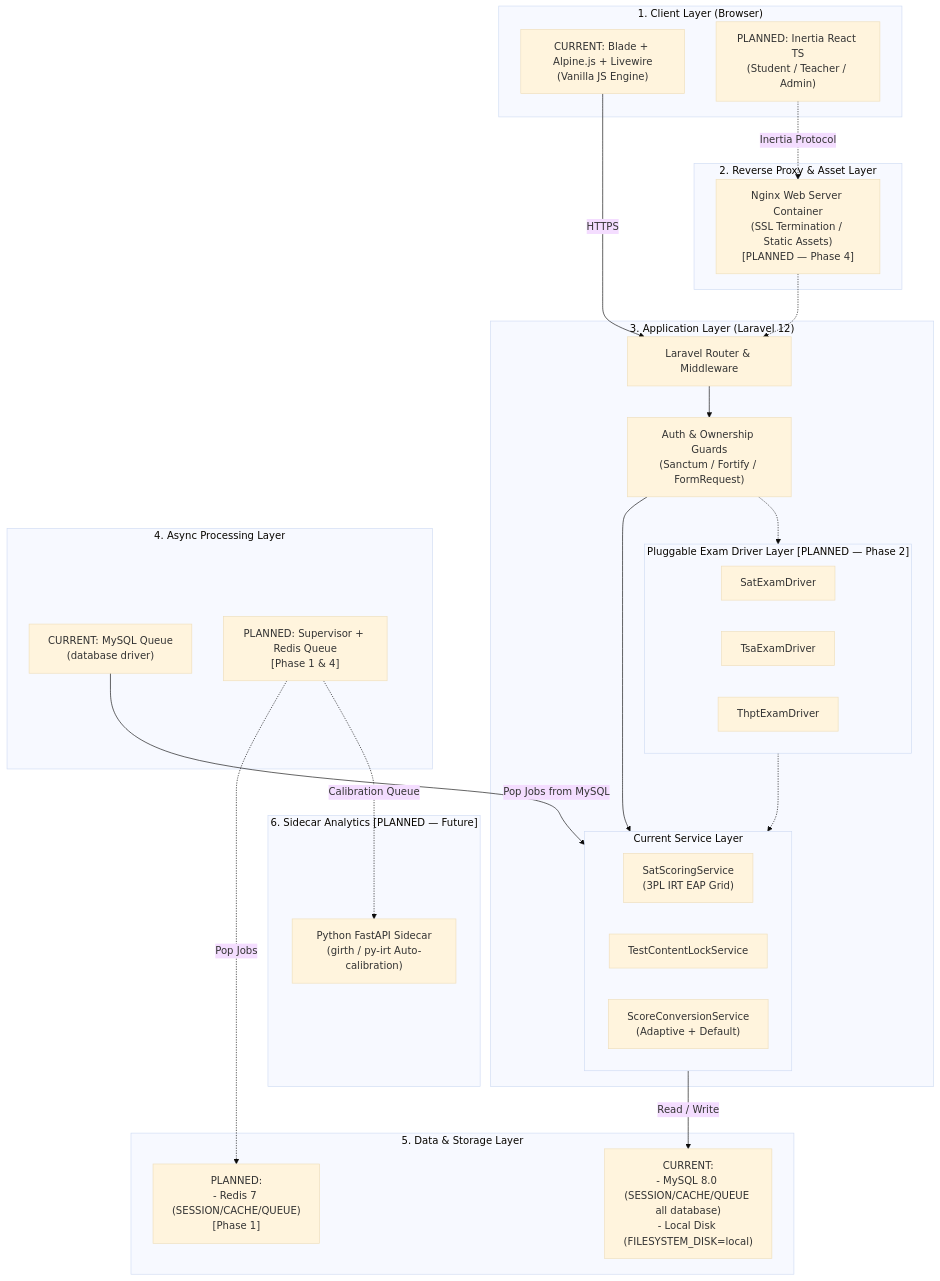
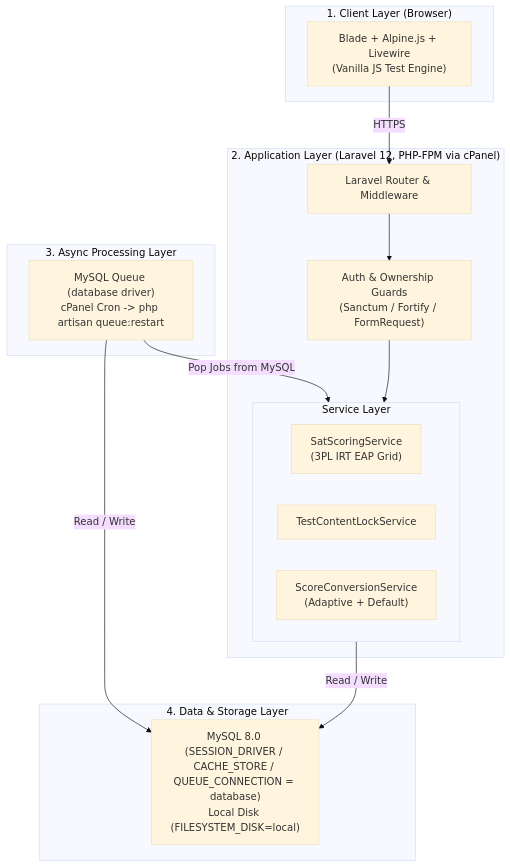
Before and after one commit to rhy911/digital-sat: the second of 5 diagrams in docs/system-architecture-and-roadmap.md, drawn with Mermaid (base theme). The commit also changed other lines of this file and 69 other files, not shown here.

Commit message:
chore: squash migrations into schema dump, add phpstan/larastan

````diff
--- a/docs/system-architecture-and-roadmap.md
+++ b/docs/system-architecture-and-roadmap.md
@@ -216,57 +192,32 @@
 ```mermaid
 flowchart TB
     subgraph ClientLayer["1. Client Layer (Browser)"]
-        CurrentFE["CURRENT: Blade + Alpine.js + Livewire\n(Vanilla JS Engine)"]
-        PlannedFE["PLANNED: Inertia React TS\n(Student / Teacher / Admin)"]
+        FE["Blade + Alpine.js + Livewire\n(Vanilla JS Test Engine)"]
     end
 
-    subgraph CDN_Nginx["2. Reverse Proxy & Asset Layer"]
-        Nginx["Nginx Web Server Container\n(SSL Termination / Static Assets)\n[PLANNED — Phase 4]"]
-    end
-
-    subgraph AppLayer["3. Application Layer (Laravel 12)"]
+    subgraph AppLayer["2. Application Layer (Laravel 12, PHP-FPM via cPanel)"]
         Router["Laravel Router & Middleware"]
         AuthMiddleware["Auth & Ownership Guards\n(Sanctum / Fortify / FormRequest)"]
-        
-        subgraph CurrentServices["Current Service Layer"]
+
+        subgraph Services["Service Layer"]
             SatScoring["SatScoringService\n(3PL IRT EAP Grid)"]
             ContentLock["TestContentLockService"]
             ScoreConversion["ScoreConversionService\n(Adaptive + Default)"]
         end
-
-        subgraph PlannedDrivers["Pluggable Exam Driver Layer [PLANNED — Phase 2]"]
-            SATDriver["SatExamDriver"]
-            TSADriver["TsaExamDriver"]
-            THPTDriver["ThptExamDriver"]
-        end
     end
 
-    subgraph AsyncLayer["4. Async Processing Layer"]
-        CurrentQueue["CURRENT: MySQL Queue\n(database driver)"]
-        PlannedQueue["PLANNED: Supervisor + Redis Queue\n[Phase 1 & 4]"]
+    subgraph AsyncLayer["3. Async Processing Layer"]
+        Queue["MySQL Queue (database driver)\ncPanel Cron -> php artisan queue:restart"]
     end
 
-    subgraph StorageLayer["5. Data & Storage Layer"]
-        CurrentStorage["CURRENT:\n- MySQL 8.0 (SESSION/CACHE/QUEUE all database)\n- Local Disk (FILESYSTEM_DISK=local)"]
-        PlannedStorage["PLANNED:\n- Redis 7 (SESSION/CACHE/QUEUE)\n[Phase 1]"]
+    subgraph StorageLayer["4. Data & Storage Layer"]
+        Storage["MySQL 8.0 (SESSION_DRIVER / CACHE_STORE / QUEUE_CONNECTION = database)\nLocal Disk (FILESYSTEM_DISK=local)"]
     end
 
-    subgraph SidecarLayer["6. Sidecar Analytics [PLANNED — Future]"]
-        FastAPI["Python FastAPI Sidecar\n(girth / py-irt Auto-calibration)"]
-    end
-
-    %% Current connections (solid)
-    CurrentFE -->|HTTPS| Router
+    FE -->|HTTPS| Router
     Router --> AuthMiddleware
-    AuthMiddleware --> CurrentServices
-    CurrentServices -->|Read / Write| CurrentStorage
-    CurrentQueue -->|Pop Jobs from MySQL| CurrentServices
-
-    %% Planned connections (dashed)
-    PlannedFE -.->|Inertia Protocol| Nginx
-    Nginx -.-> Router
-    AuthMiddleware -.-> PlannedDrivers
-    PlannedDrivers -.-> CurrentServices
-    PlannedQueue -.->|Pop Jobs| PlannedStorage
-    PlannedQueue -.->|Calibration Queue| FastAPI
+    AuthMiddleware --> Services
+    Services -->|Read / Write| Storage
+    Queue -->|Pop Jobs from MySQL| Services
+    Queue -->|Read / Write| Storage
 ```
````
